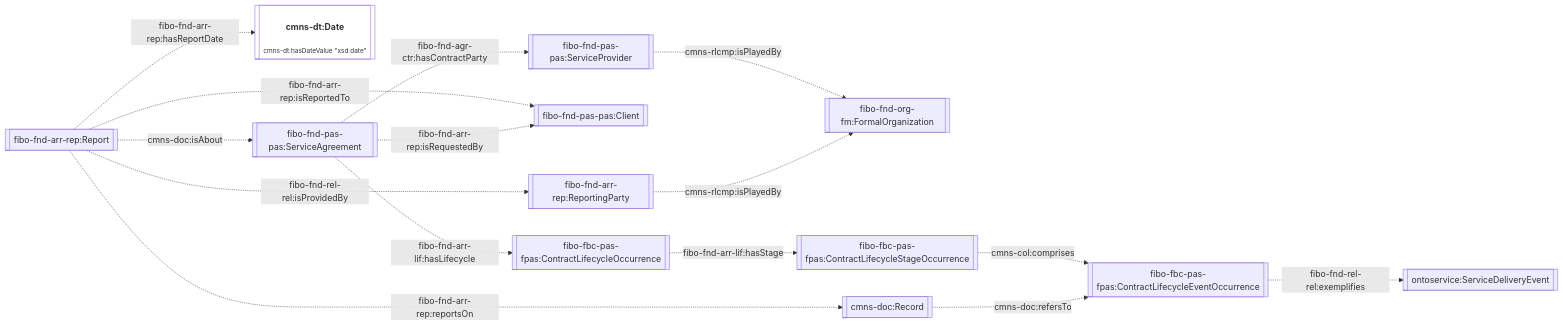
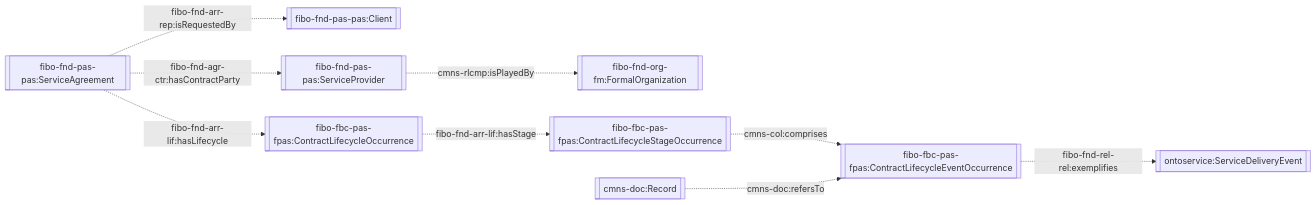
Before and after one commit to TheWorldAvatar/ontology: diagram 14 of 17 in ontology/ontoservice/README.md, drawn with Mermaid. The commit also changed other lines of this file, not shown here.

Commit message:
qhouyee/23/ontoservice-accounts-extension: remove report concept to focus on record

````diff
--- a/ontology/ontoservice/README.md
+++ b/ontology/ontoservice/README.md
@@ -482,26 +482,19 @@
 ```mermaid
 flowchart LR
     %% Styling
     classDef literal fill:none
     classDef node overflow-wrap:break-word,text-wrap:pretty
     linkStyle default overflow-wrap:break-word,text-wrap:pretty;
 
     %% Contents
-    Report[[fibo-fnd-arr-rep:Report]] -. fibo-fnd-arr-rep:hasReportDate .-> Date[["<h4>cmns-dt:Date</h4><p style='font-size:0.75rem;'>cmns-dt:hasDateValue &quot;xsd:date&quot;</p>"]]:::literal
-    Report -. fibo-fnd-rel-rel:isProvidedBy .-> ReportingParty[[fibo-fnd-arr-rep:ReportingParty]]
-    Report -. cmns-doc:isAbout .-> Agreement[[fibo-fnd-pas-pas:ServiceAgreement]]
-    Report -. fibo-fnd-arr-rep:isReportedTo .-> Client
-
-    Agreement -. fibo-fnd-arr-rep:isRequestedBy .-> Client[[fibo-fnd-pas-pas:Client]]
+    Agreement[[fibo-fnd-pas-pas:ServiceAgreement]] -. fibo-fnd-arr-rep:isRequestedBy .-> Client[[fibo-fnd-pas-pas:Client]]
     Agreement -. fibo-fnd-agr-ctr:hasContractParty .-> ServiceProvider[[fibo-fnd-pas-pas:ServiceProvider]]
     ServiceProvider -. cmns-rlcmp:isPlayedBy .-> Org[[fibo-fnd-org-fm:FormalOrganization]]
-    ReportingParty -. cmns-rlcmp:isPlayedBy .-> Org
 
     Agreement -. fibo-fnd-arr-lif:hasLifecycle .-> LifecycleOccurrence[[fibo-fbc-pas-fpas:ContractLifecycleOccurrence]]
     LifecycleOccurrence -. fibo-fnd-arr-lif:hasStage .-> StageOccurrence[[fibo-fbc-pas-fpas:ContractLifecycleStageOccurrence]]
     StageOccurrence -. cmns-col:comprises .-> DeliveryOccurrence[[fibo-fbc-pas-fpas:ContractLifecycleEventOccurrence]]
     DeliveryOccurrence -. fibo-fnd-rel-rel:exemplifies .-> ServiceDeliveryEvent[[ontoservice:ServiceDeliveryEvent]]
 
-    Report -. fibo-fnd-arr-rep:reportsOn .-> Record[[cmns-doc:Record]]
-    Record -. cmns-doc:refersTo .-> DeliveryOccurrence
+    Record[[cmns-doc:Record]] -. cmns-doc:refersTo .-> DeliveryOccurrence
 ```
````
